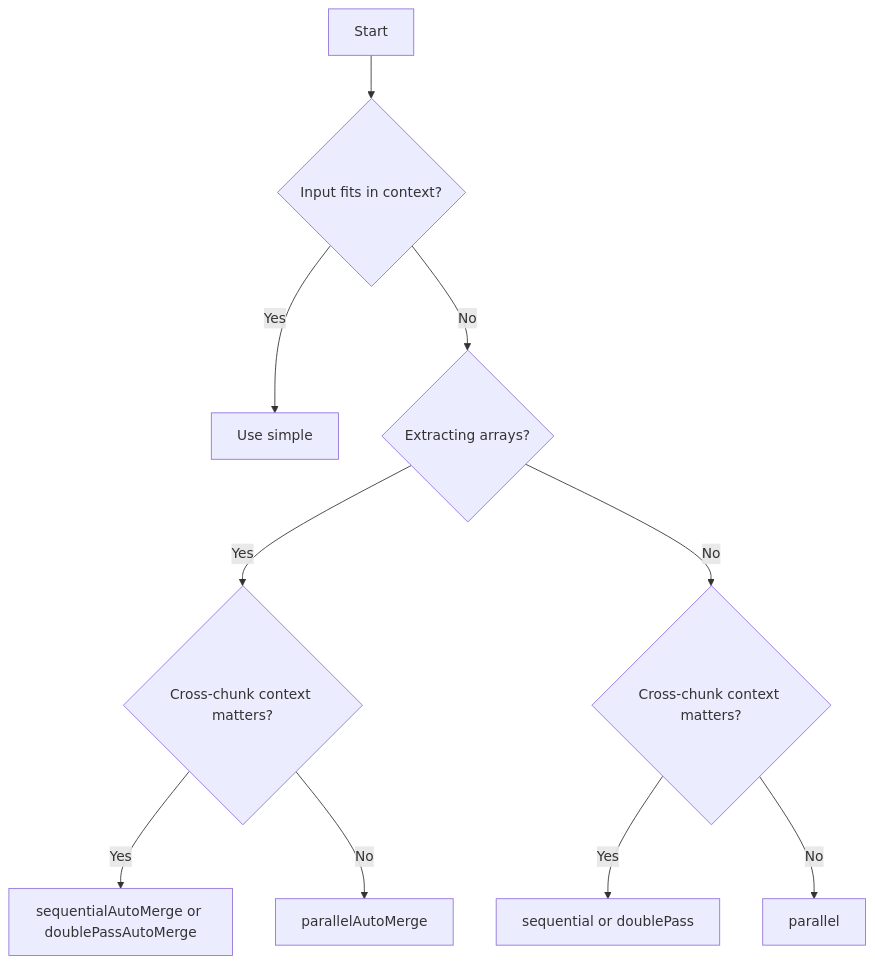
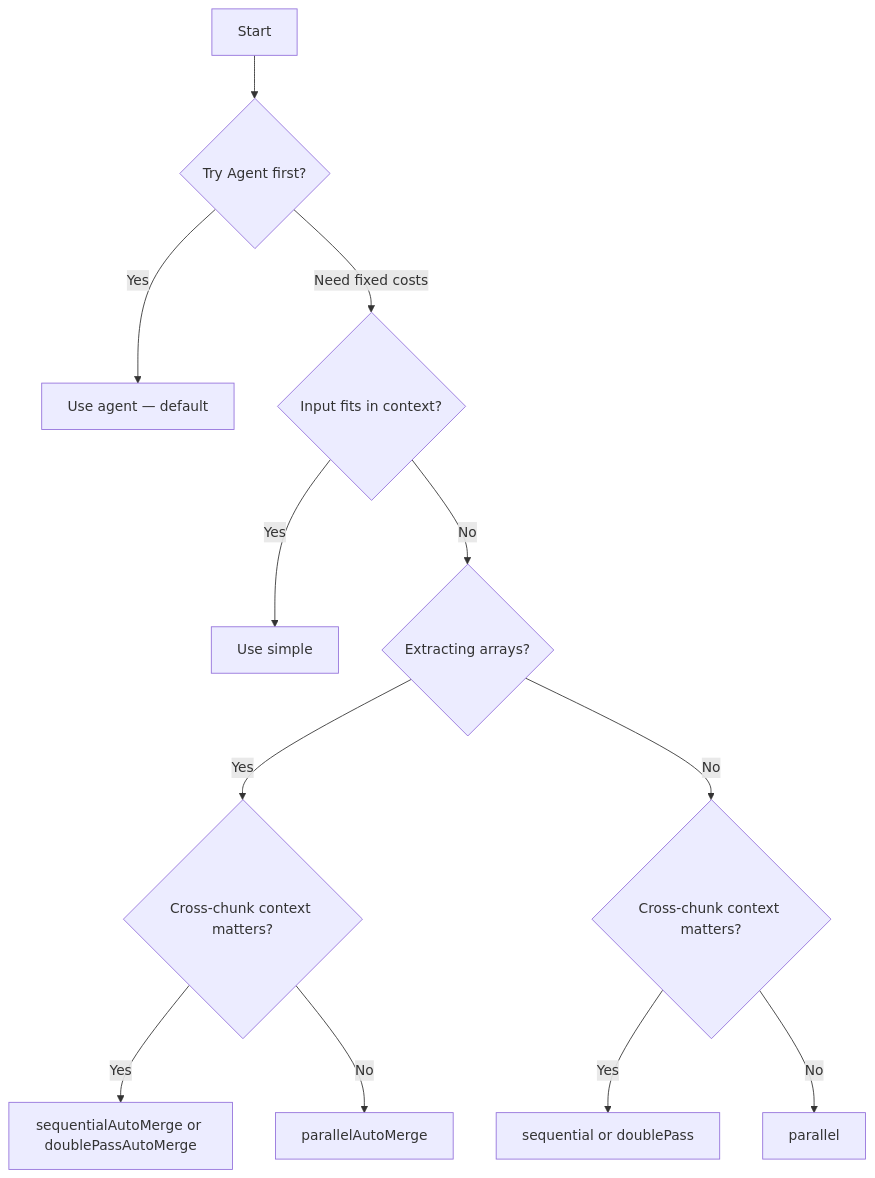
The diagram in packages/documentation/content/docs/explanation/strategies.mdx (mateffy/struktur), drawn with Mermaid before and after one commit. The commit also changed other lines of this file and 36 other files, not shown here.

````diff
--- a/packages/documentation/content/docs/explanation/strategies.mdx
+++ b/packages/documentation/content/docs/explanation/strategies.mdx
@@ -332,12 +487,14 @@
 ```mermaid
 flowchart TD
-    A[Start] --> B{Input fits in context?}
-    B -->|Yes| C[Use simple]
-    B -->|No| D{Extracting arrays?}
-    D -->|Yes| E{Cross-chunk context matters?}
-    D -->|No| F{Cross-chunk context matters?}
-    E -->|Yes| G[sequentialAutoMerge or doublePassAutoMerge]
-    E -->|No| H[parallelAutoMerge]
-    F -->|Yes| I[sequential or doublePass]
-    F -->|No| J[parallel]
+    A[Start] --> B{Try Agent first?}
+    B -->|Yes| C[Use agent — default]
+    B -->|Need fixed costs| D{Input fits in context?}
+    D -->|Yes| E[Use simple]
+    D -->|No| F{Extracting arrays?}
+    F -->|Yes| G{Cross-chunk context matters?}
+    F -->|No| H{Cross-chunk context matters?}
+    G -->|Yes| I[sequentialAutoMerge or doublePassAutoMerge]
+    G -->|No| J[parallelAutoMerge]
+    H -->|Yes| K[sequential or doublePass]
+    H -->|No| L[parallel]
 ```
````
